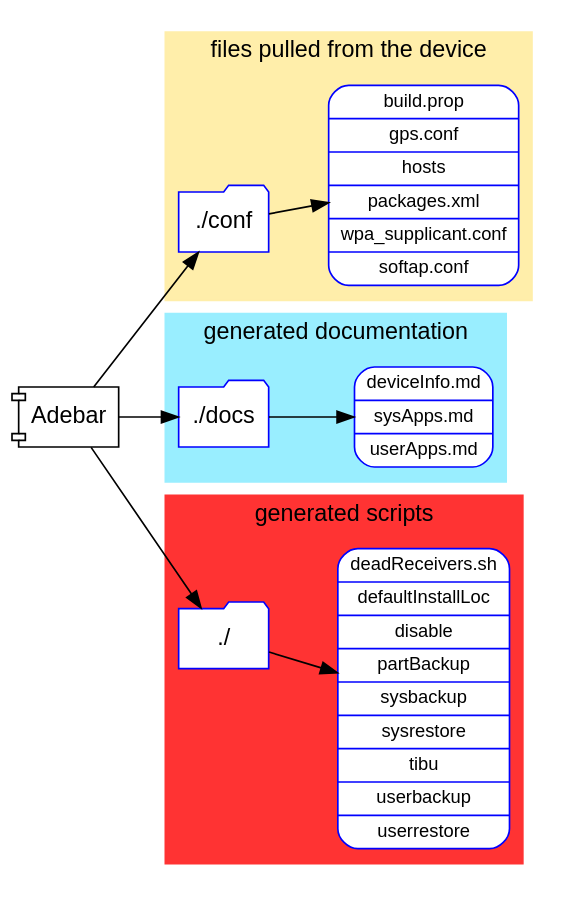
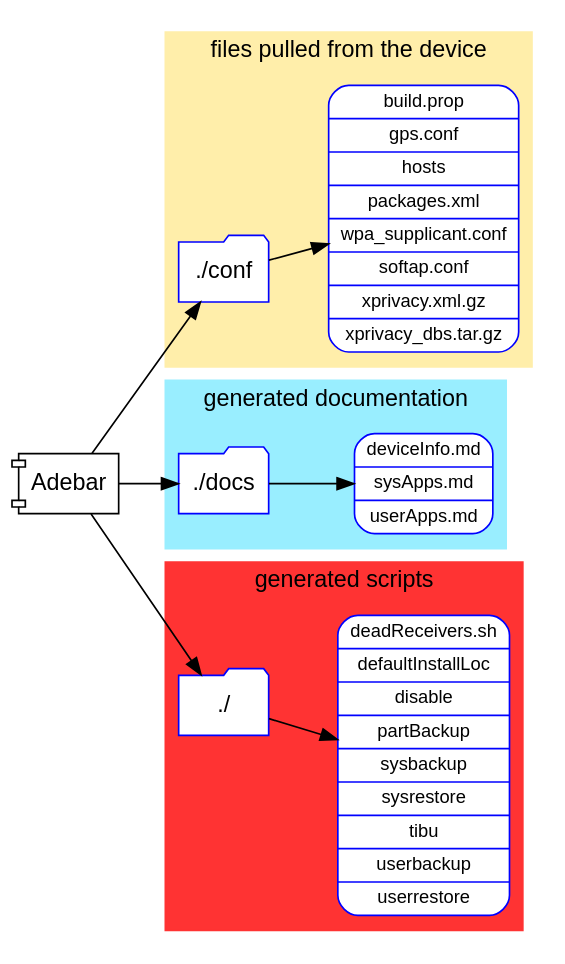
The diagram in doc/AdebarFiles.gv (IzzySoft/Adebar), drawn with Graphviz before and after one commit.

Commit message:
docu updated

```diff
--- a/doc/AdebarFiles.gv
+++ b/doc/AdebarFiles.gv
@@ -1,49 +1,49 @@
 digraph AdebarFiles {
 /* Files generated by Adebar. Graphviz data file. */
 
   fontname = Arial;
   node [ fontname = Arial ];
   rankdir = LR;
 
   subgraph cluster_conf {
     rankdir = LR;
     style = filled;
     color = "#ffeeaa";
     node [ style=filled, color=blue, fillcolor=white ];
     label = "files pulled from the device";
 
     conf [ shape = folder, label = "./conf" ];
-    conffiles [ shape = Mrecord, fontsize = 11, label = "build.prop|gps.conf|hosts|packages.xml|wpa_supplicant.conf|softap.conf" ];
+    conffiles [ shape = Mrecord, fontsize = 11, label = "build.prop|gps.conf|hosts|packages.xml|wpa_supplicant.conf|softap.conf|xprivacy.xml.gz|xprivacy_dbs.tar.gz" ];
     conf -> conffiles;
   }
 
   subgraph cluster_doc {
     rankdir = LR;
     style = filled;
     color = "#99eeff";
     node [ style=filled, color=blue, fillcolor=white ];
     label = "generated documentation"
 
     docs [ shape = folder, label = "./docs" ];
     docfiles [ shape = Mrecord, fontsize = 11, label = "deviceInfo.md|sysApps.md|userApps.md" ];
     docs -> docfiles;
   }
 
   subgraph cluster_scripts {
     rankdir = LR;
     style = filled;
     color = "#ff3333";
     node [ style=filled, color=blue, fillcolor=white ];
     label = "generated scripts";
 
     scripts [ shape = folder, label = "./" ];
     scriptfiles [ shape= Mrecord, fontsize = 11, label = "deadReceivers.sh|defaultInstallLoc|disable|partBackup|sysbackup|sysrestore|tibu|userbackup|userrestore" ];
     scripts -> scriptfiles;
   }
 
   Adebar [ shape = component ];
   Adebar -> conf;
   Adebar -> docs;
   Adebar -> scripts;
 
 }
```
